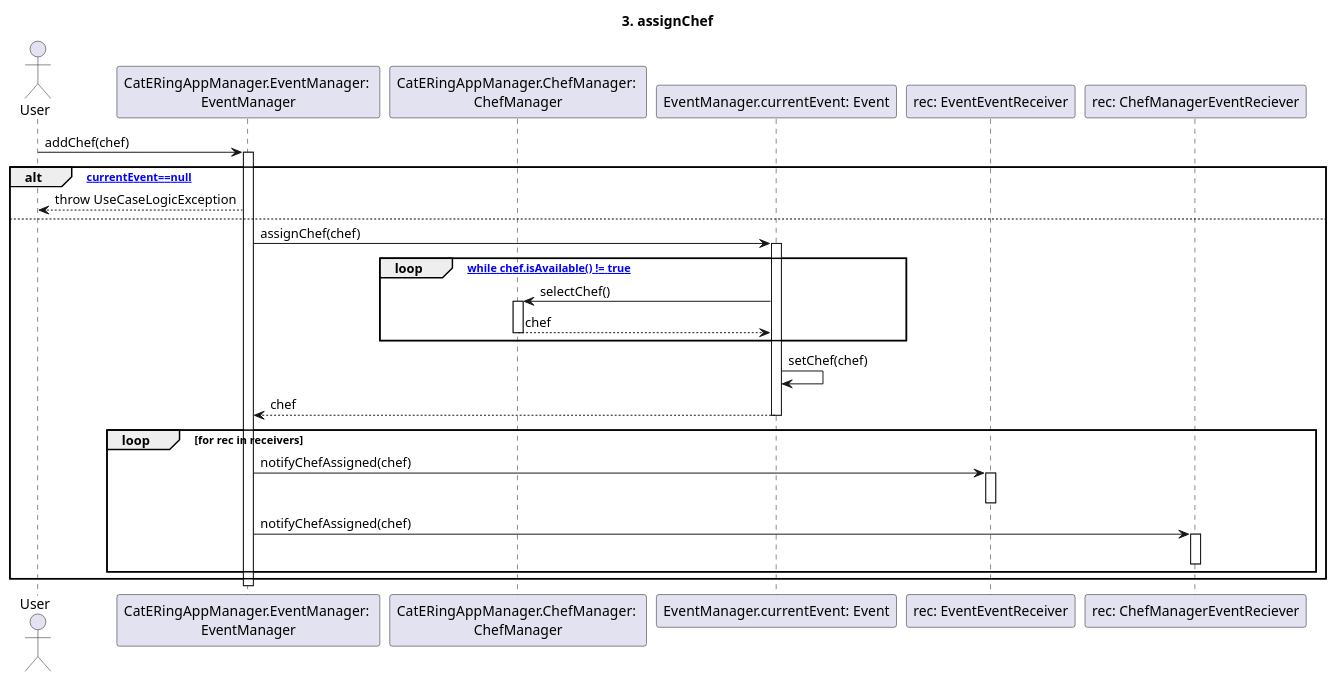
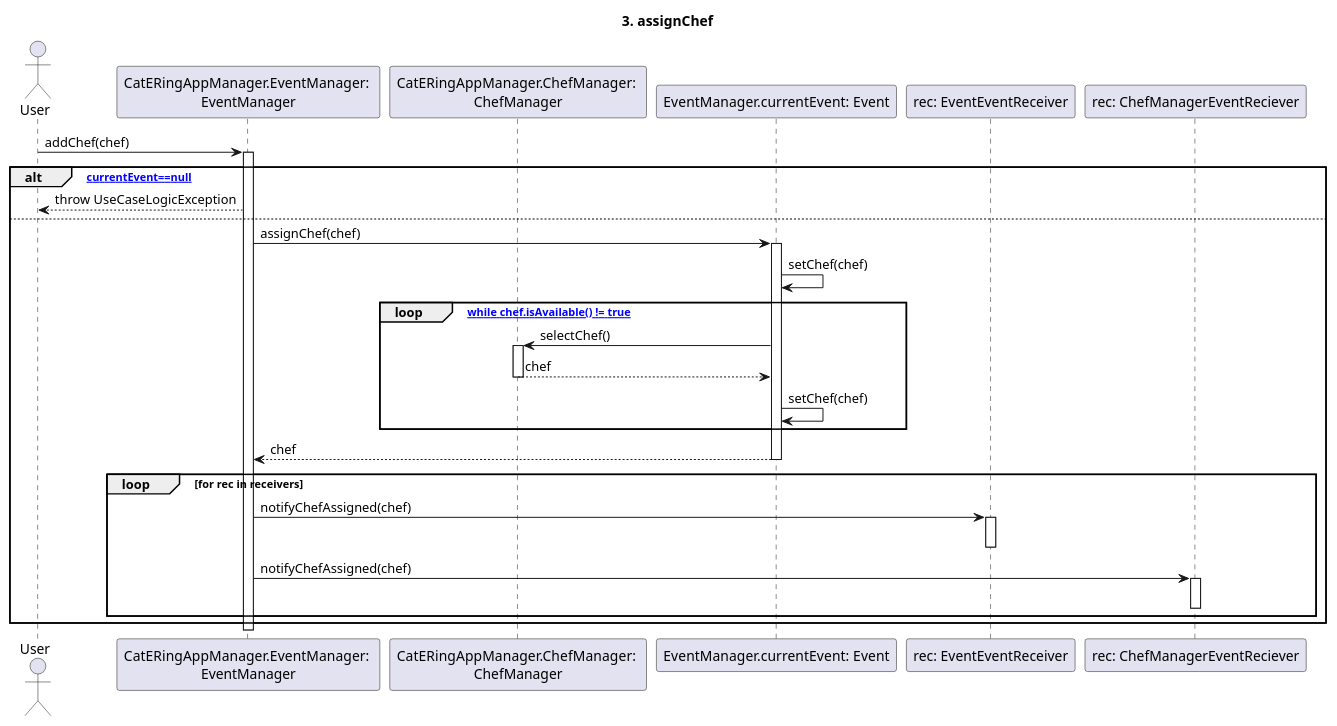
One commit to m0canu1/sas changed the diagram in dsd/dsd-eventi/scenarioPrincipale/3-assignChef.md. Above: the diagram before and after it, drawn with PlantUML. The commit also changed 2 other files, not shown here.

Commit message:
basta per oggi cazzo

````diff
--- a/dsd/dsd-eventi/scenarioPrincipale/3-assignChef.md
+++ b/dsd/dsd-eventi/scenarioPrincipale/3-assignChef.md
@@ -1,41 +1,40 @@
 ```plantuml
 
 title: 3. assignChef
 
 Actor User
 Participant "CatERingAppManager.EventManager: \nEventManager" as EM
 Participant "CatERingAppManager.ChefManager: \nChefManager" as SM
 Participant "EventManager.currentEvent: Event" as CE
 Participant "rec: EventEventReceiver" as EER
 Participant "rec: ChefManagerEventReciever" as SMER
 
 User -> EM: addChef(chef)
 Activate EM
 alt [currentEvent==null]
     EM --> User: throw UseCaseLogicException
 else
     EM -> CE: assignChef(chef)
     Activate CE
+    CE -> CE: setChef(chef)
     loop ["while chef.isAvailable() != true"]
         CE -> SM: selectChef()
         Activate SM
         SM --> CE: chef
         Deactivate SM
-    
+        CE -> CE: setChef(chef)
     end
-    CE -> CE: setChef(chef)
     CE --> EM: chef
     Deactivate CE
     loop for rec in receivers
       EM -> EER: notifyChefAssigned(chef)
       Activate EER
       Deactivate EER
       EM -> SMER: notifyChefAssigned(chef)
       Activate SMER
       Deactivate SMER
-     
     end
 end
 Deactivate EM
 
 ```
````
